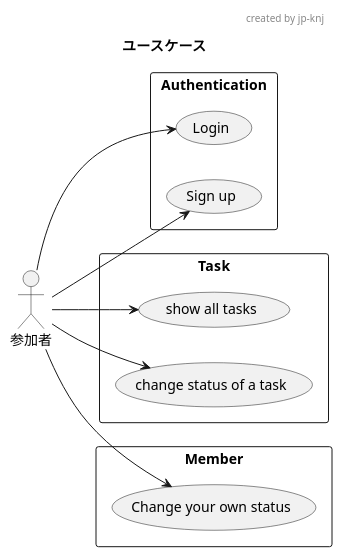
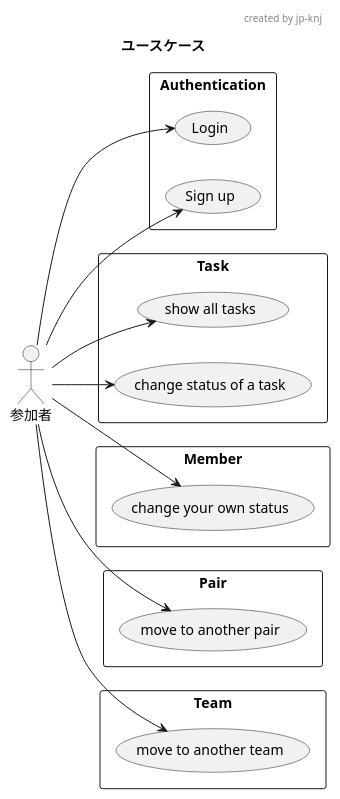
Before and after one commit to jp-knj/learn_ddd: the diagram in docs/usecase.puml, drawn with PlantUML.

Commit message:
:construction: writing usecase for member

```diff
--- a/docs/usecase.puml
+++ b/docs/usecase.puml
@@ -1,31 +1,42 @@
 @startuml
 'https://plantuml.com/ja/use-case-diagram
 
 title ユースケース
 header created by jp-knj
 
 left to right direction
 actor "参加者" as Actor
 rectangle Authentication {
   usecase "Login" as AuthenticationUC1
   usecase "Sign up" as AuthenticationUC2
+
+  Actor --> AuthenticationUC1
+  Actor --> AuthenticationUC2
 }
 
 rectangle Task {
   usecase "show all tasks" as TaskUC1
   usecase "change status of a task" as TaskUC2
+
+  Actor --> TaskUC1
+  Actor --> TaskUC2
 }
 
 rectangle Member  {
-  usecase "Change your own status" as MemberUC1
+  usecase "change your own status" as MemberUC1
+
+  Actor --> MemberUC1
 }
 
-Actor --> AuthenticationUC1
-Actor --> AuthenticationUC2
+rectangle Pair {
+  usecase "move to another pair" as PairUC1
 
-Actor --> TaskUC1
-Actor --> TaskUC2
+  Actor --> PairUC1
+}
 
-Actor --> MemberUC1
+rectangle Team {
+  usecase "move to another team" as TeamUC1
 
+  Actor --> TeamUC1
+}
 @enduml
```
